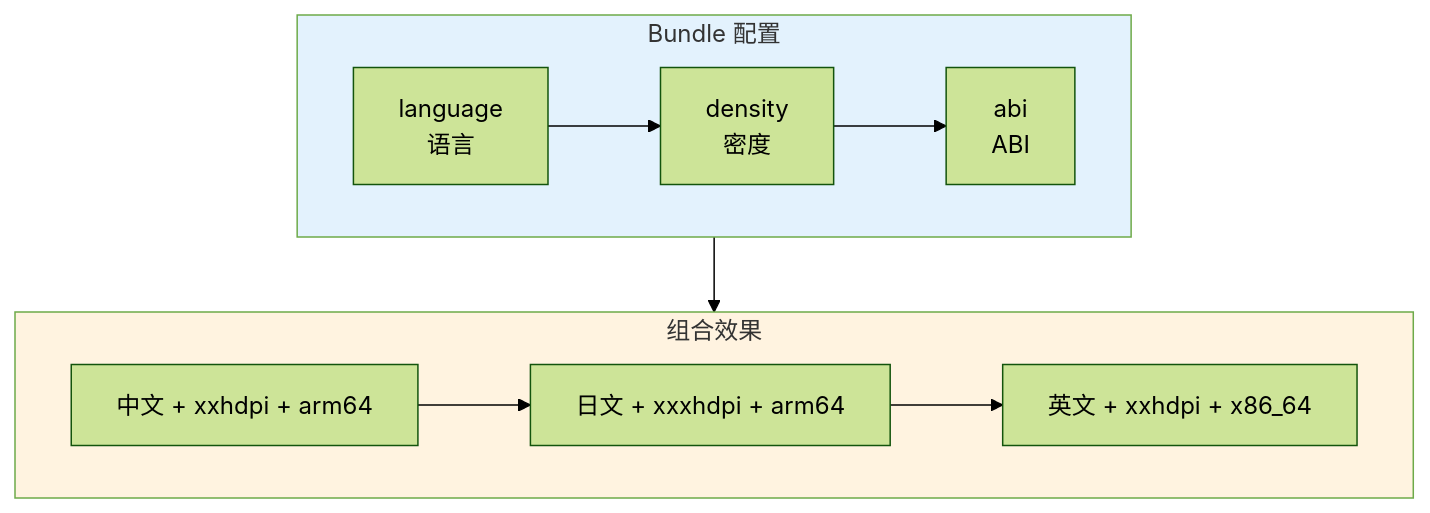
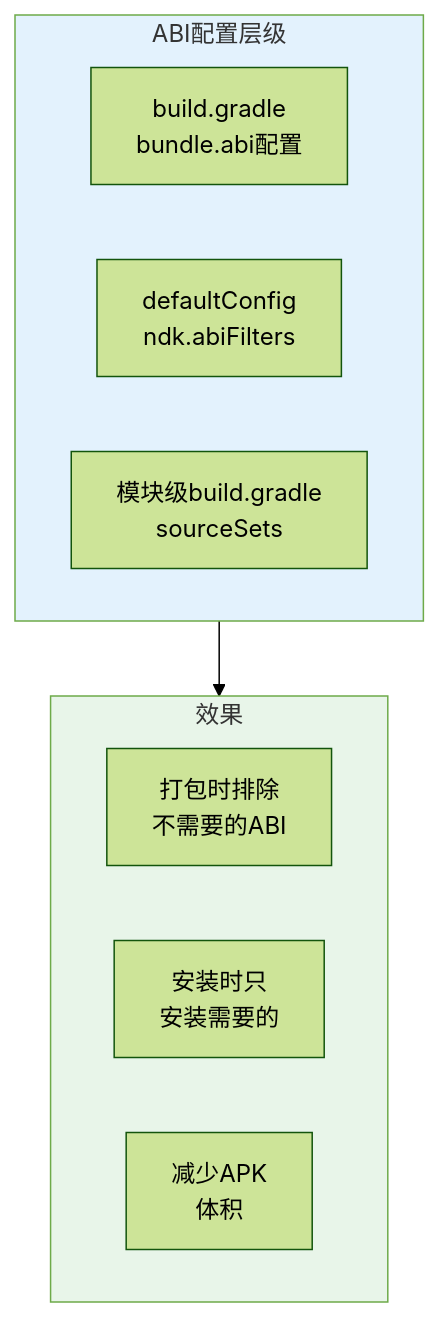
One commit to Carrie-L/carrie-l.github.io changed the fourth of 4 diagrams in AndroidDeveloperGuideStory/Contents/vol21/21.1.89 捆绑包Abi.md. Above: the diagram before and after it, drawn with Mermaid (forest theme). The commit also changed other lines of this file, not shown here.

Commit message:
feat(chapter-21.1.89): add BundleAbi configuration chapter for Android App Bundle

````diff
--- a/AndroidDeveloperGuideStory/Contents/vol21/21.1.89 捆绑包Abi.md
+++ b/AndroidDeveloperGuideStory/Contents/vol21/21.1.89 捆绑包Abi.md
@@ -365,18 +409,21 @@
 ```mermaid
 flowchart TB
-    subgraph Bundle["Bundle 配置"]
+    subgraph Config["ABI配置层级"]
         direction LR
-        L[language<br/>语言] --> D[density<br/>密度] --> A[abi<br/>ABI]
+        C1["build.gradle<br/>bundle.abi配置"] 
+        C2["defaultConfig<br/>ndk.abiFilters"]
+        C3["模块级build.gradle<br/>sourceSets"]
     end
     
-    subgraph Result["组合效果"]
+    subgraph Result["效果"]
         direction LR
-        R1["中文 + xxhdpi + arm64"] --> R2["日文 + xxxhdpi + arm64"]
-        R2 --> R3["英文 + xxhdpi + x86_64"]
+        R1["打包时排除<br/>不需要的ABI"]
+        R2["安装时只<br/>安装需要的"]
+        R3["减少APK<br/>体积"]
     end
     
-    Bundle --> Result
+    Config --> Result
     
-    style Bundle fill:#e3f2fd
-    style Result fill:#fff3e0
+    style Config fill:#e3f2fd
+    style Result fill:#e8f5e9
 ```
````
